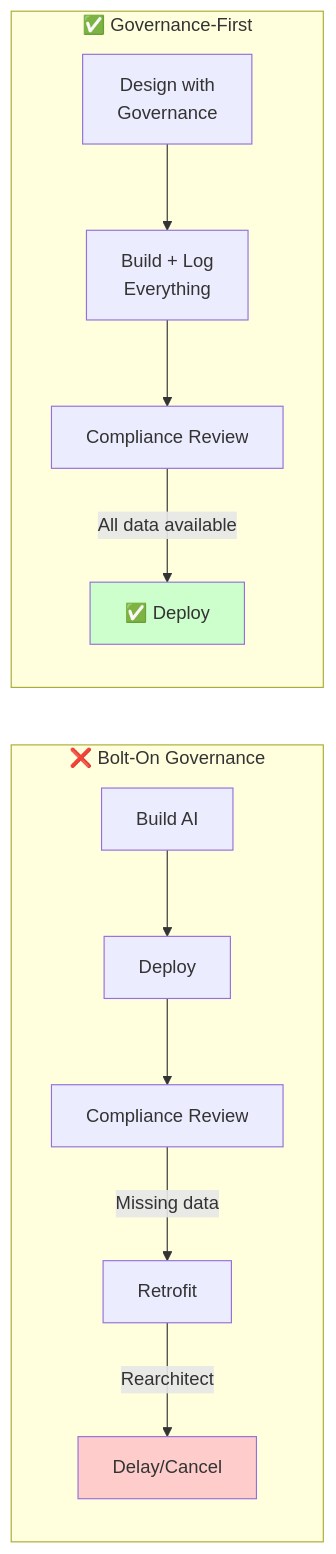
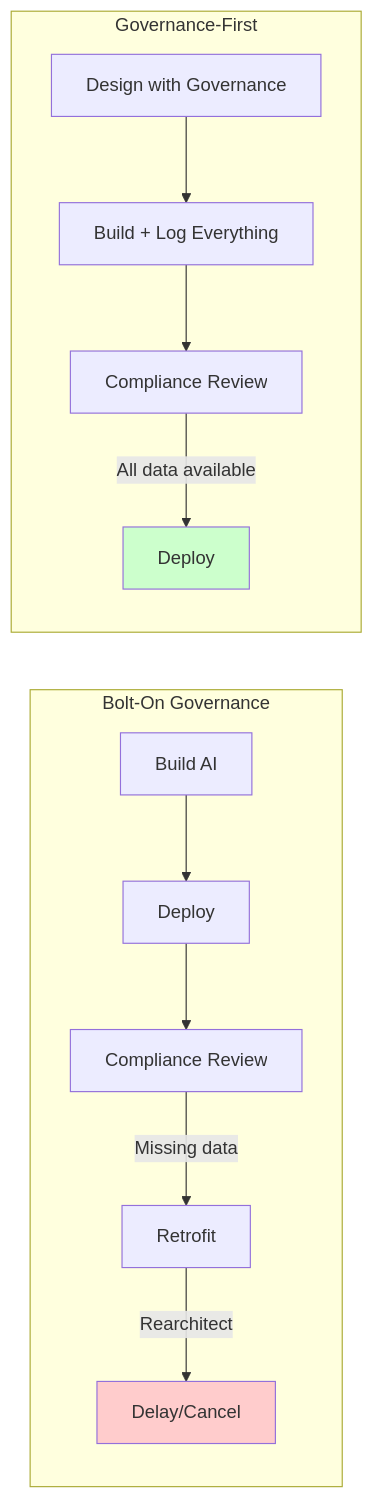
The third of 3 diagrams in _posts/2026-01-18-ai-governance-not-afterthought.md (Bodaty/aictrlnet.github.io), drawn with Mermaid before and after one commit. The commit also changed other lines of this file and 1 other file, not shown here.

Commit message:
Fix Mermaid syntax errors in diagrams
- Remove quotes inside node labels
- Use ID syntax for subgraph titles instead of quoted strings
- Remove problematic emojis from subgraph names
- Remove disconnected subgraph that caused rendering issues

```diff
--- a/_posts/2026-01-18-ai-governance-not-afterthought.md
+++ b/_posts/2026-01-18-ai-governance-not-afterthought.md
@@ -184,17 +184,17 @@
 <div class="mermaid">
 graph LR
-    subgraph "❌ Bolt-On Governance"
+    subgraph bolton["Bolt-On Governance"]
         B1[Build AI] --> B2[Deploy] --> B3[Compliance Review]
-        B3 -->|"Missing data"| B4[Retrofit]
-        B4 -->|"Rearchitect"| B5[Delay/Cancel]
+        B3 -->|Missing data| B4[Retrofit]
+        B4 -->|Rearchitect| B5[Delay/Cancel]
     end
 
-    subgraph "✅ Governance-First"
-        G1[Design with<br/>Governance] --> G2[Build + Log<br/>Everything]
+    subgraph govfirst["Governance-First"]
+        G1[Design with Governance] --> G2[Build + Log Everything]
         G2 --> G3[Compliance Review]
-        G3 -->|"All data available"| G4[✅ Deploy]
+        G3 -->|All data available| G4[Deploy]
     end
 
     style B5 fill:#ffcccc
     style G4 fill:#ccffcc
 </div>
```
